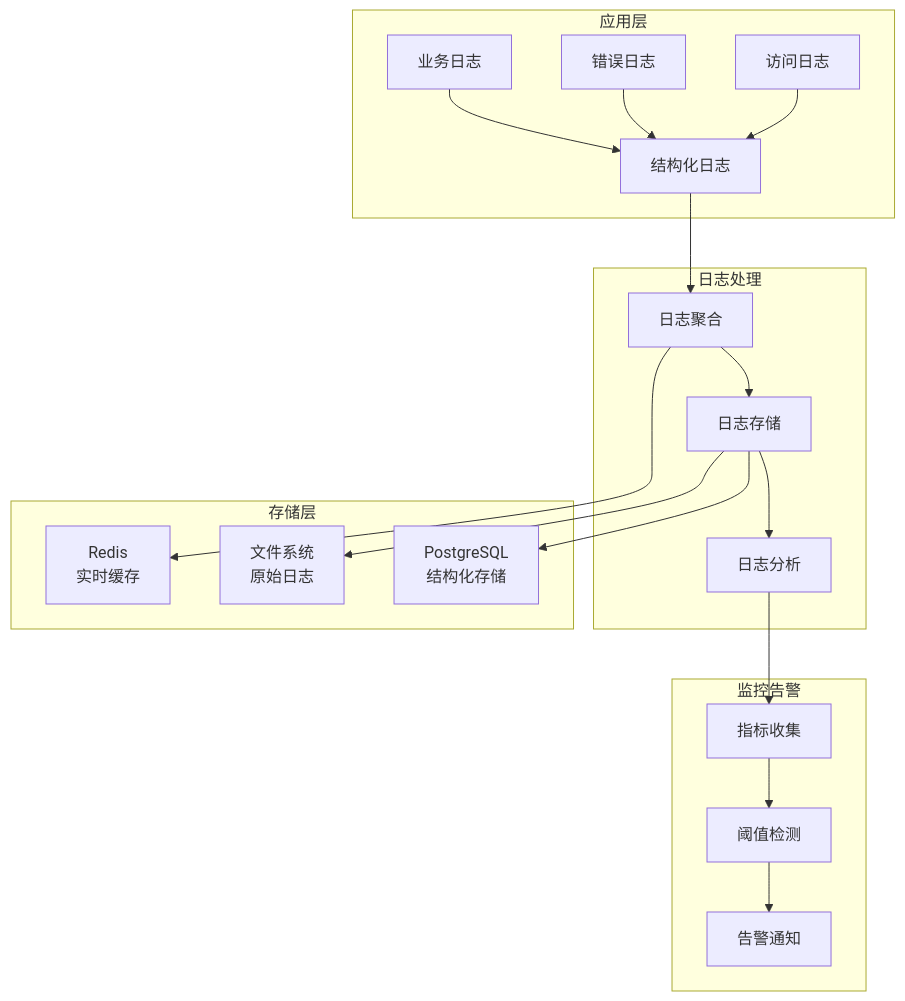
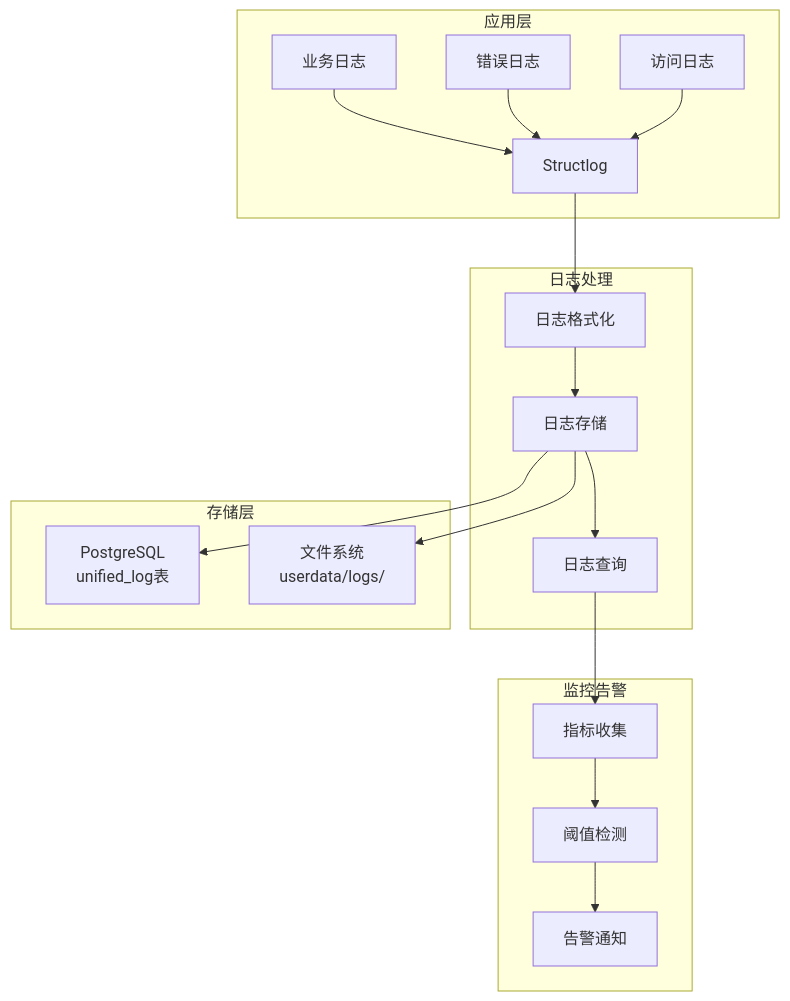
One commit to nyealovey/WhaleFall changed the tenth of 11 diagrams in docs/architecture/spec.md. Above: the diagram before and after it, drawn with Mermaid. The commit also changed other lines of this file and 13 other files, not shown here.

````diff
--- a/docs/architecture/spec.md
+++ b/docs/architecture/spec.md
@@ -686,30 +839,28 @@
 ```mermaid
 graph TB
     subgraph "应用层"
-        A[业务日志] --> B[结构化日志]
+        A[业务日志] --> B[Structlog]
         C[错误日志] --> B
         D[访问日志] --> B
     end
     
     subgraph "日志处理"
-        B --> E[日志聚合]
+        B --> E[日志格式化]
         E --> F[日志存储]
-        F --> G[日志分析]
+        F --> G[日志查询]
     end
     
     subgraph "监控告警"
         G --> H[指标收集]
         H --> I[阈值检测]
         I --> J[告警通知]
     end
     
     subgraph "存储层"
-        K[PostgreSQL<br/>结构化存储]
-        L[文件系统<br/>原始日志]
-        M[Redis<br/>实时缓存]
+        K[PostgreSQL<br/>unified_log表]
+        L[文件系统<br/>userdata/logs/]
     end
     
     F --> K
     F --> L
-    E --> M
 ```
````
